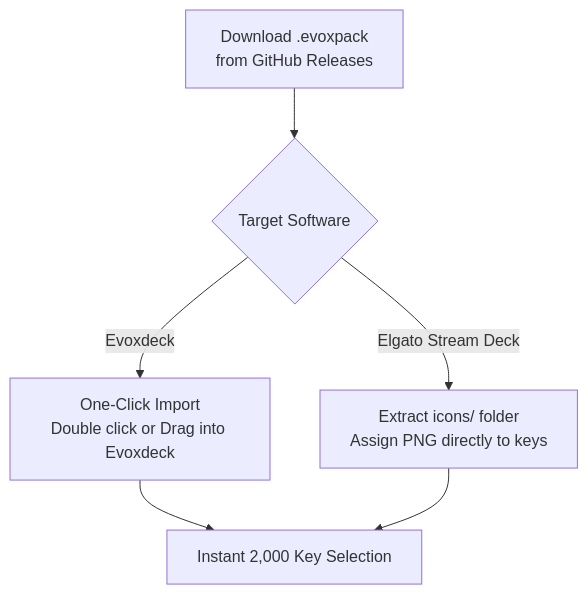
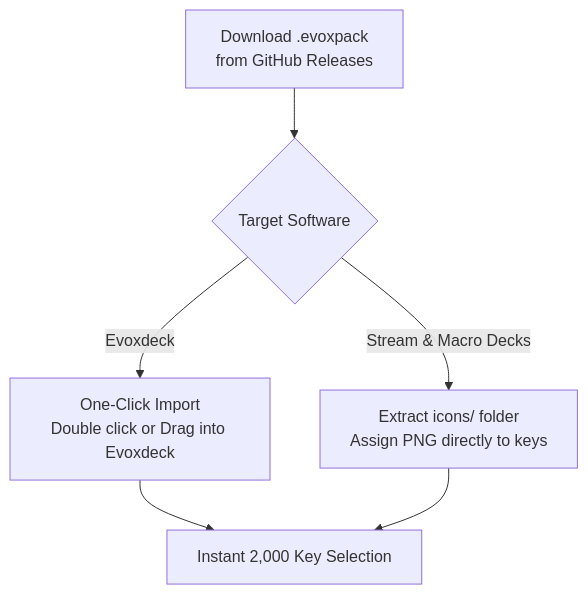
One commit to hfatih/kawaii-icons-pack-2 changed the diagram in README.md. Above: the diagram before and after it, drawn with Mermaid. The commit also changed other lines of this file and 16 other files, not shown here.

````diff
--- a/README.md
+++ b/README.md
@@ -90,8 +90,8 @@
 ```mermaid
 flowchart TD
     A["Download .evoxpack<br/>from GitHub Releases"] --> B{Target Software}
     B -->|"Evoxdeck"| C["One-Click Import<br/>Double click or Drag into Evoxdeck"]
-    B -->|"Elgato Stream Deck"| D["Extract icons/ folder<br/>Assign PNG directly to keys"]
+    B -->|"Stream & Macro Decks"| D["Extract icons/ folder<br/>Assign PNG directly to keys"]
     C --> E["Instant 2,000 Key Selection"]
     D --> E
 ```
````
